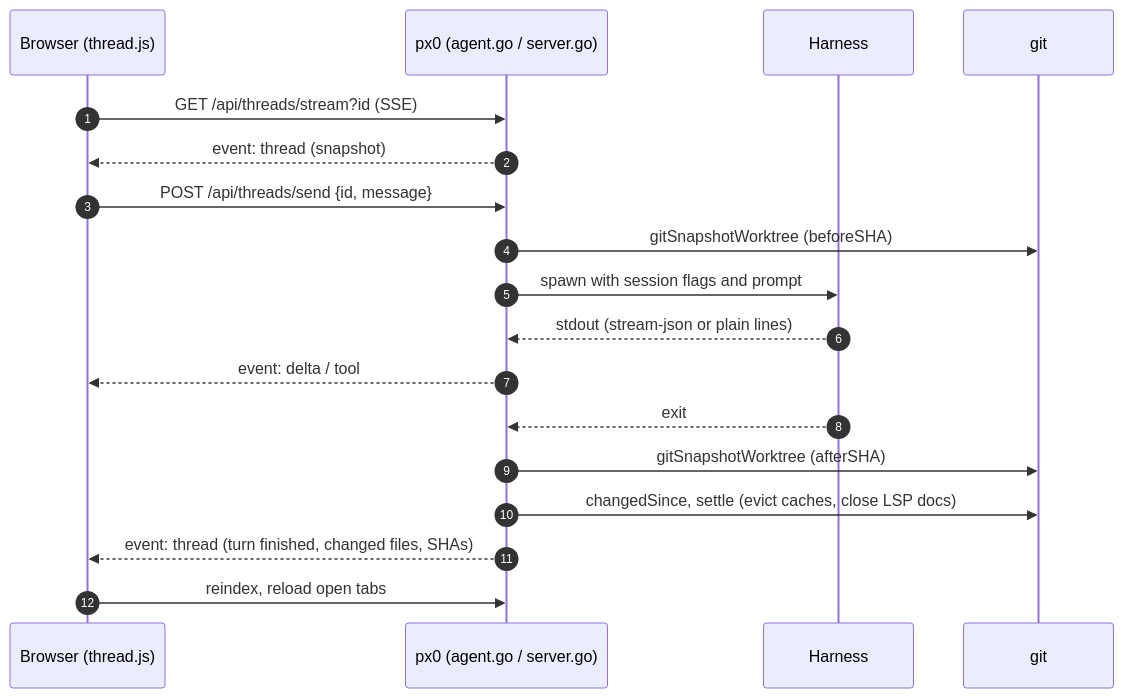
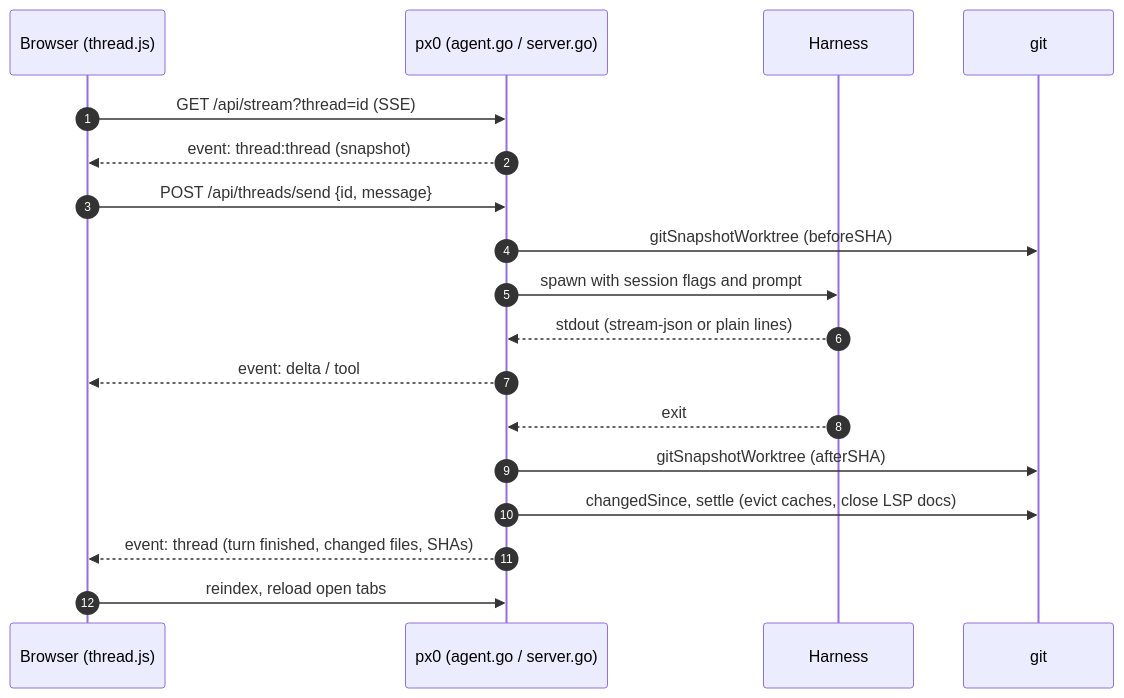
The diagram in docs/internals/threads.md (piyushpradhan/px0), drawn with Mermaid before and after one commit. The commit also changed other lines of this file and 7 other files, not shown here.

First line of the commit message:
Multiplex thread and review SSE feeds into single event stream

````diff
--- a/docs/internals/threads.md
+++ b/docs/internals/threads.md
@@ -14,21 +14,21 @@
 ```mermaid
 sequenceDiagram
     autonumber
     participant UI as Browser (thread.js)
     participant S as px0 (agent.go / server.go)
     participant H as Harness
     participant G as git
 
-    UI->>S: GET /api/threads/stream?id (SSE)
-    S-->>UI: event: thread (snapshot)
+    UI->>S: GET /api/stream?thread=id (SSE)
+    S-->>UI: event: thread:thread (snapshot)
     UI->>S: POST /api/threads/send {id, message}
     S->>G: gitSnapshotWorktree (beforeSHA)
     S->>H: spawn with session flags and prompt
     H-->>S: stdout (stream-json or plain lines)
     S-->>UI: event: delta / tool
     H-->>S: exit
     S->>G: gitSnapshotWorktree (afterSHA)
     S->>G: changedSince, settle (evict caches, close LSP docs)
     S-->>UI: event: thread (turn finished, changed files, SHAs)
     UI->>S: reindex, reload open tabs
 ```
````
